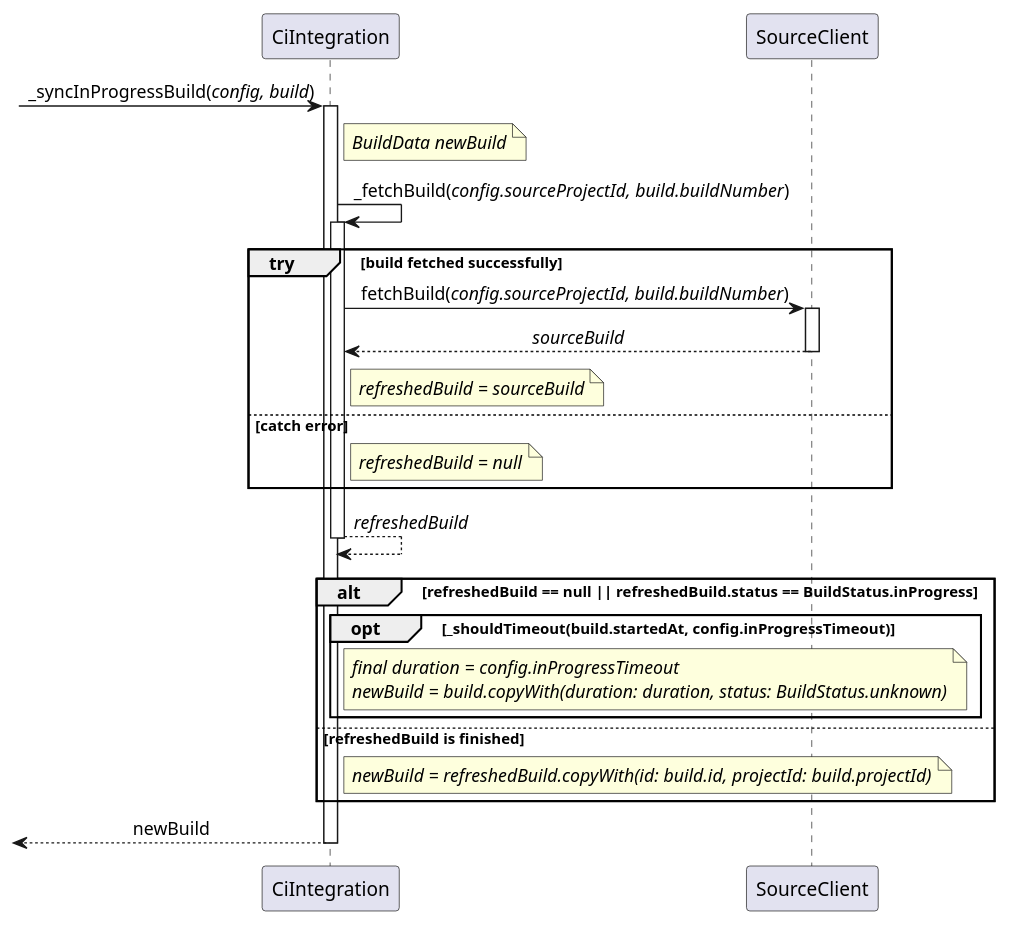
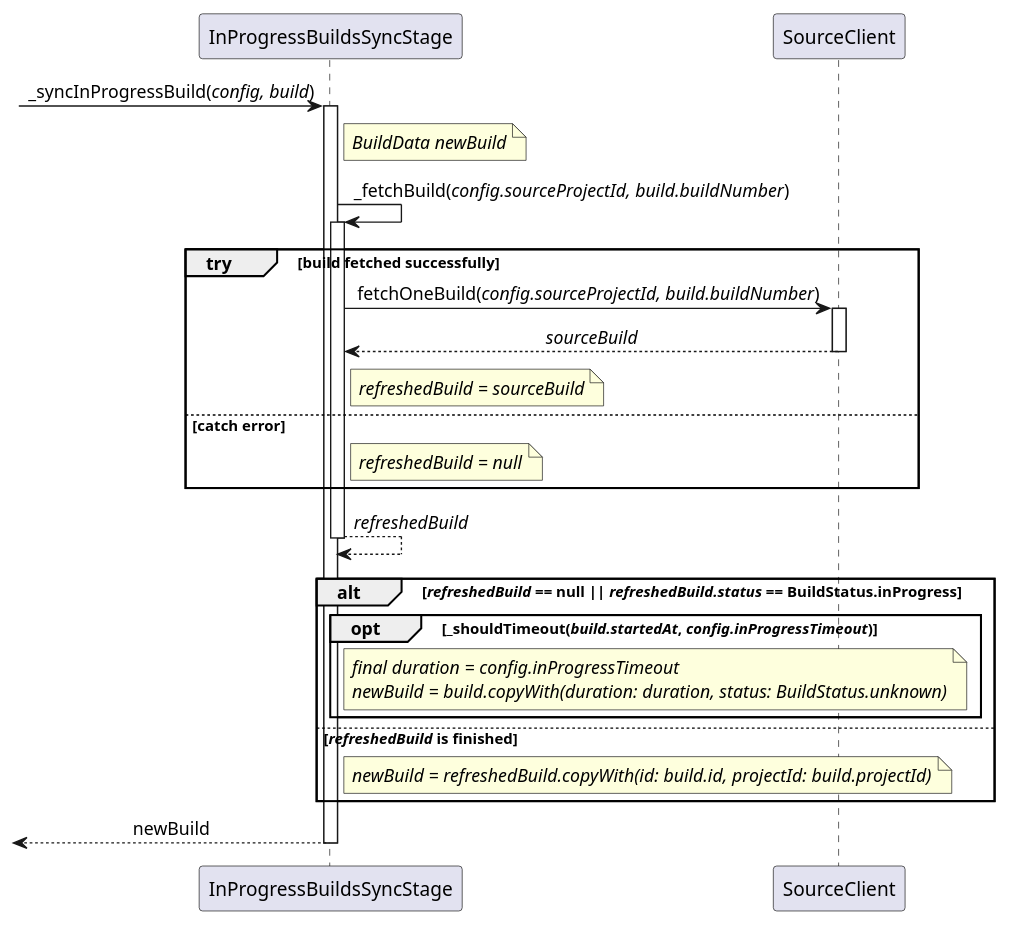
One commit to Flank/flank-dashboard changed the diagram in metrics/ci_integrations/docs/diagrams/resync_single_build_sequence_diagram.puml. Above: the diagram before and after it, drawn with PlantUML. The commit also changed 9 other files, not shown here.

First line of the commit message:
docs: [CI integrations] in-progress builds document (#1267)

```diff
--- a/metrics/ci_integrations/docs/diagrams/resync_single_build_sequence_diagram.puml
+++ b/metrics/ci_integrations/docs/diagrams/resync_single_build_sequence_diagram.puml
@@ -1,34 +1,34 @@
 @startuml resync_single_build_sequence_diagram
 'https://plantuml.com/sequence-diagram
 
 skinparam SequenceMessageAlignment center
 
-participant CiIntegration
+participant InProgressBuildsSyncStage
 participant SourceClient
 
-?-> CiIntegration ++ : _syncInProgressBuild(//config, build//)
-note right of CiIntegration: //BuildData newBuild//
+?-> InProgressBuildsSyncStage ++ : _syncInProgressBuild(//config, build//)
+note right of InProgressBuildsSyncStage: //BuildData newBuild//
 ||8||
-CiIntegration -> CiIntegration ++ : _fetchBuild(//config.sourceProjectId, build.buildNumber//)
+InProgressBuildsSyncStage -> InProgressBuildsSyncStage ++ : _fetchBuild(//config.sourceProjectId, build.buildNumber//)
 group try [build fetched successfully]
-    CiIntegration -> SourceClient ++ : fetchBuild(//config.sourceProjectId, build.buildNumber//)
+    InProgressBuildsSyncStage -> SourceClient ++ : fetchOneBuild(//config.sourceProjectId, build.buildNumber//)
     return //sourceBuild//
-    note right of CiIntegration: //refreshedBuild = sourceBuild//
+    note right of InProgressBuildsSyncStage: //refreshedBuild = sourceBuild//
 else catch error
-    note right of CiIntegration: //refreshedBuild = null//
+    note right of InProgressBuildsSyncStage: //refreshedBuild = null//
 end
 return //refreshedBuild//
 ||8||
-alt refreshedBuild == null || refreshedBuild.status == BuildStatus.inProgress
-    opt _shouldTimeout(build.startedAt, config.inProgressTimeout)
-        note right of CiIntegration
+alt //refreshedBuild// == null || //refreshedBuild.status// == BuildStatus.inProgress
+    opt _shouldTimeout(//build.startedAt//, //config.inProgressTimeout//)
+        note right of InProgressBuildsSyncStage
             //final duration = config.inProgressTimeout//
             //newBuild = build.copyWith(duration: duration, status: BuildStatus.unknown)//
         end note
     end
-else refreshedBuild is finished
-    note right of CiIntegration: //newBuild = refreshedBuild.copyWith(id: build.id, projectId: build.projectId)//
+else //refreshedBuild// is finished
+    note right of InProgressBuildsSyncStage: //newBuild = refreshedBuild.copyWith(id: build.id, projectId: build.projectId)//
 end
 return newBuild
 
 @enduml
```
